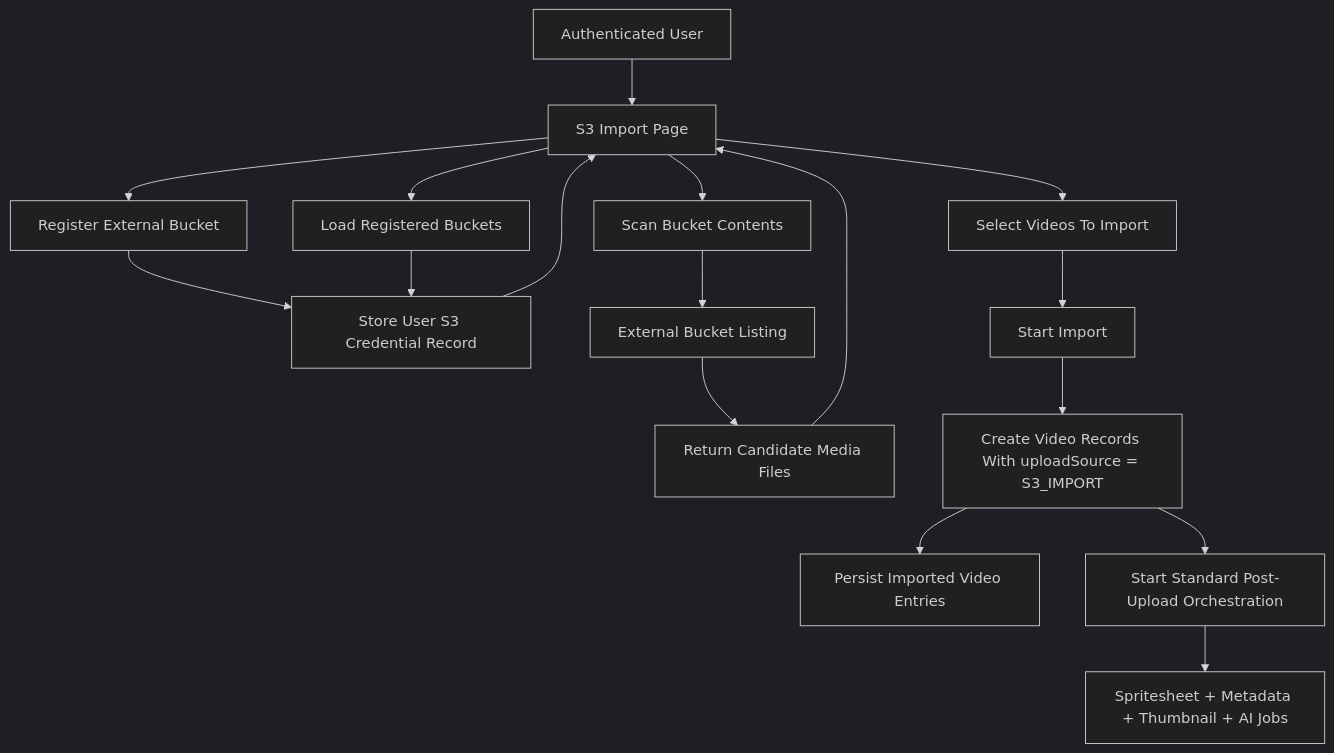
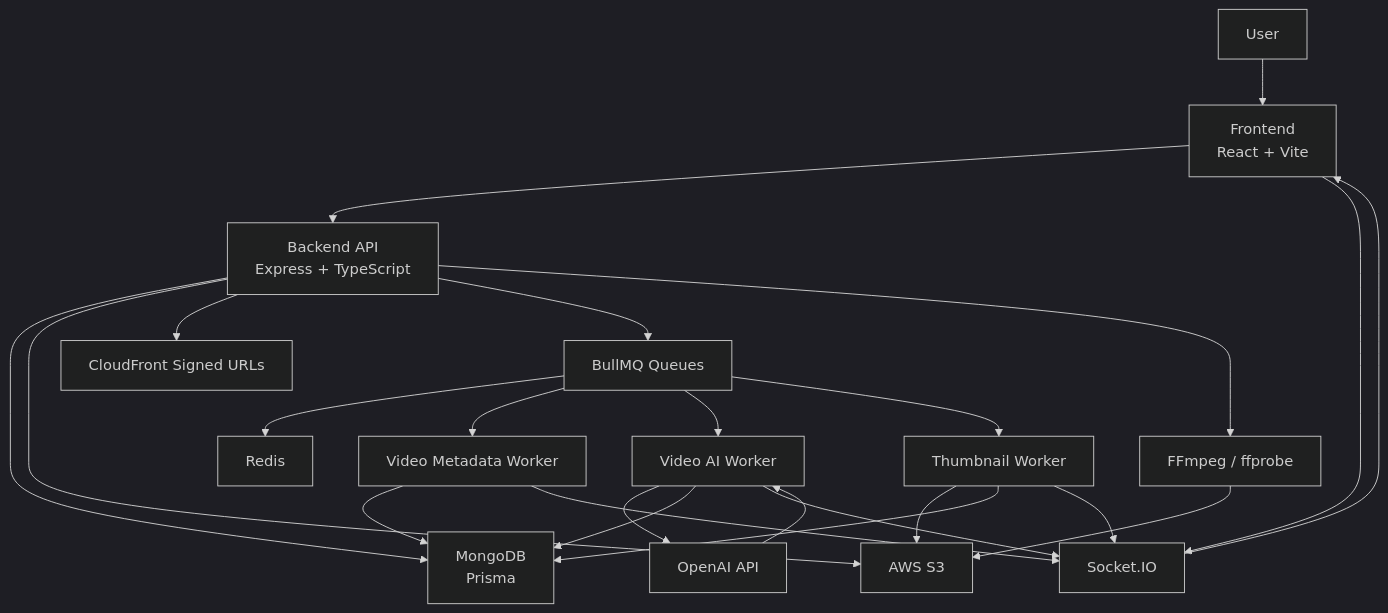
Before and after one commit to samakshrastogi/SK-MediaFlow: the first of 2 diagrams in README.md, drawn with Mermaid (dark theme). The commit also changed other lines of this file and 1 other file, not shown here.

````diff
--- a/README.md
+++ b/README.md
@@ -276,22 +77,31 @@
 ```mermaid
 flowchart TD
-    U["Authenticated User"] --> IMP["S3 Import Page"]
-    IMP --> CREDS["Register External Bucket"]
-    CREDS --> DB["Store User S3 Credential Record"]
+    U["User"] --> FE["Frontend<br/>React + Vite"]
+    FE --> API["Backend API<br/>Express + TypeScript"]
+    FE --> RT["Socket.IO"]
 
-    IMP --> LIST["Load Registered Buckets"]
-    LIST --> DB
-    DB --> IMP
+    API --> DB["MongoDB<br/>Prisma"]
+    API --> S3["AWS S3"]
+    API --> CF["CloudFront Signed URLs"]
+    API --> Q["BullMQ Queues"]
 
-    IMP --> SCAN["Scan Bucket Contents"]
-    SCAN --> S3["External Bucket Listing"]
-    S3 --> FILES["Return Candidate Media Files"]
-    FILES --> IMP
+    Q --> REDIS["Redis"]
+    Q --> MW["Video Metadata Worker"]
+    Q --> AW["Video AI Worker"]
+    Q --> TW["Thumbnail Worker"]
 
-    IMP --> PICK["Select Videos To Import"]
-    PICK --> IMPORT["Start Import"]
-    IMPORT --> VIDEO["Create Video Records With uploadSource = S3_IMPORT"]
-    VIDEO --> DB2["Persist Imported Video Entries"]
-    VIDEO --> ORCH["Start Standard Post-Upload Orchestration"]
-    ORCH --> JOBS["Spritesheet + Metadata + Thumbnail + AI Jobs"]
+    MW --> DB
+    AW --> OAI["OpenAI API"]
+    OAI --> AW
+    AW --> DB
+    TW --> S3
+    TW --> DB
+
+    API --> FFM["FFmpeg / ffprobe"]
+    FFM --> S3
+
+    MW --> RT
+    AW --> RT
+    TW --> RT
+    RT --> FE
 ```
````
